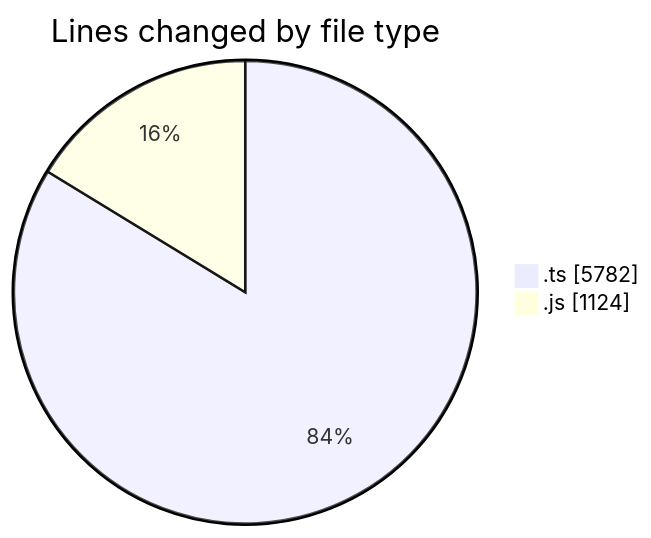
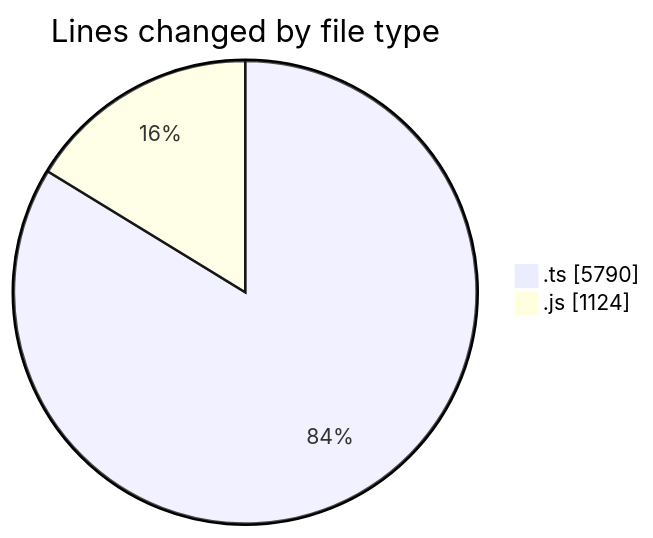
One commit to momahboobian/code-tracking changed the first of 2 diagrams in 2026-10-23/cda/README.md. Above: the diagram before and after it, drawn with Mermaid. The commit also changed other lines of this file and 1 other file, not shown here.

````diff
--- a/2026-10-23/cda/README.md
+++ b/2026-10-23/cda/README.md
@@ -28,6 +28,6 @@
 ```mermaid
 pie showData
 title Lines changed by file type
-".ts" : 5782
+".ts" : 5790
 ".js" : 1124
 ```
````
